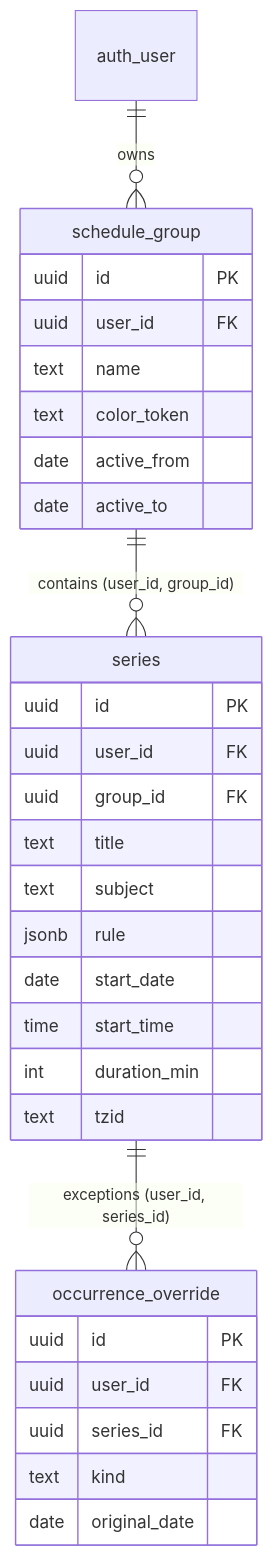
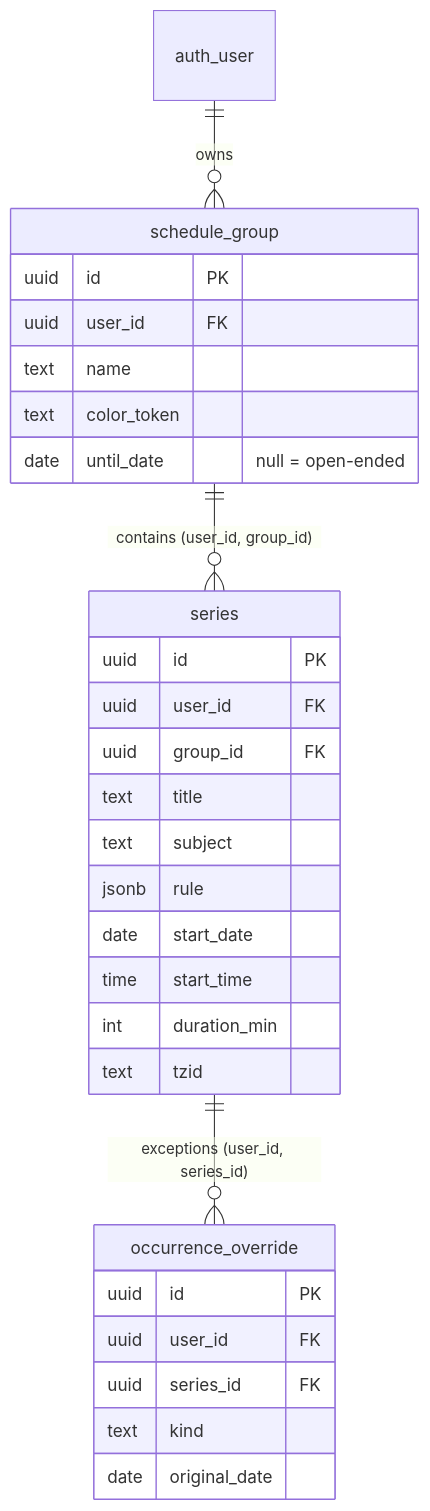
The second of 3 diagrams in vault/app/Database and migrations.md (SigniorAtif/Tasks), drawn with Mermaid before and after one commit. The commit also changed other lines of this file and 7 other files, not shown here.

````diff
--- a/vault/app/Database and migrations.md
+++ b/vault/app/Database and migrations.md
@@ -83,33 +83,32 @@
 ```mermaid
 erDiagram
   auth_user ||--o{ schedule_group : owns
   schedule_group ||--o{ series : "contains (user_id, group_id)"
   series ||--o{ occurrence_override : "exceptions (user_id, series_id)"
   schedule_group {
     uuid id PK
     uuid user_id FK
     text name
     text color_token
-    date active_from
-    date active_to
+    date until_date "null = open-ended"
   }
   series {
     uuid id PK
     uuid user_id FK
     uuid group_id FK
     text title
     text subject
     jsonb rule
     date start_date
     time start_time
     int duration_min
     text tzid
   }
   occurrence_override {
     uuid id PK
     uuid user_id FK
     uuid series_id FK
     text kind
     date original_date
   }
 ```
````
